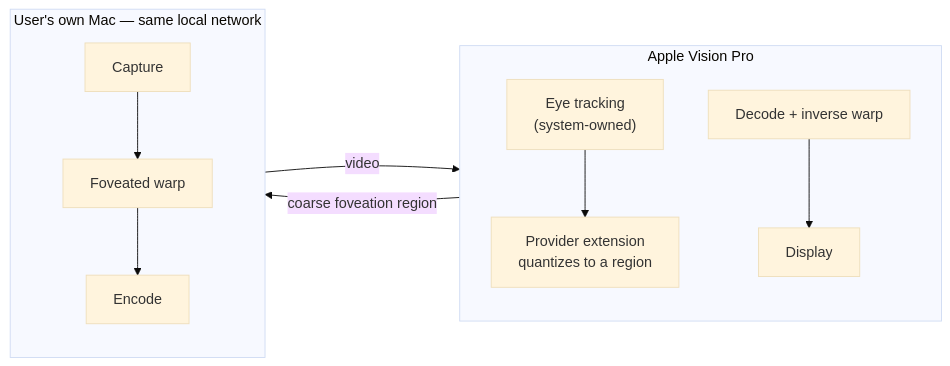
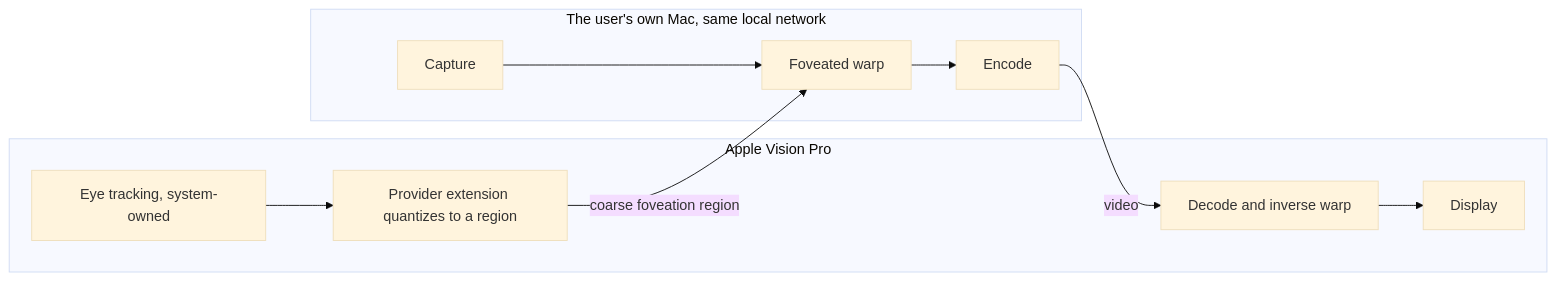
One commit to Feardarks/FocusedRendering changed the second of 2 diagrams in README.md. Above: the diagram before and after it, drawn with Mermaid (base theme). The commit also changed other lines of this file, not shown here.

Commit message:
Simplify mermaid syntax for reliable GitHub rendering

````diff
--- a/README.md
+++ b/README.md
@@ -34,14 +32,13 @@
 ```mermaid
 flowchart LR
-  subgraph avp["Apple Vision Pro"]
-    direction TB
-    EYE["Eye tracking<br/>(system-owned)"] --> PROV["Provider extension<br/>quantizes to a region"]
-    DEC["Decode + inverse warp"] --> DISP["Display"]
+  subgraph s3[Apple Vision Pro]
+    EYE[Eye tracking, system-owned] --> PROV[Provider extension quantizes to a region]
+    DEC[Decode and inverse warp] --> DISP[Display]
   end
-  subgraph mac["User's own Mac — same local network"]
-    direction TB
-    CAP["Capture"] --> WARP["Foveated warp"] --> ENC["Encode"]
+  subgraph s4[The user's own Mac, same local network]
+    CAP[Capture] --> WARP[Foveated warp]
+    WARP --> ENC[Encode]
   end
-  PROV -- "coarse foveation region" --> WARP
-  ENC -- "video" --> DEC
+  PROV -->|coarse foveation region| WARP
+  ENC -->|video| DEC
 ```
````
